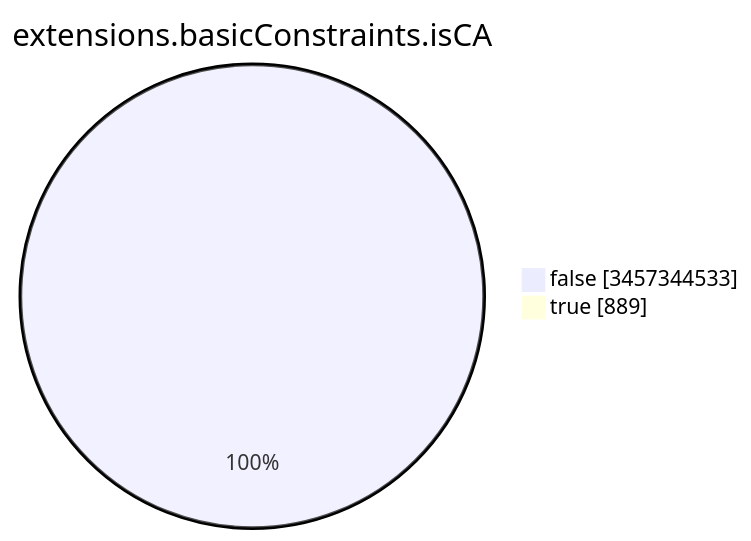
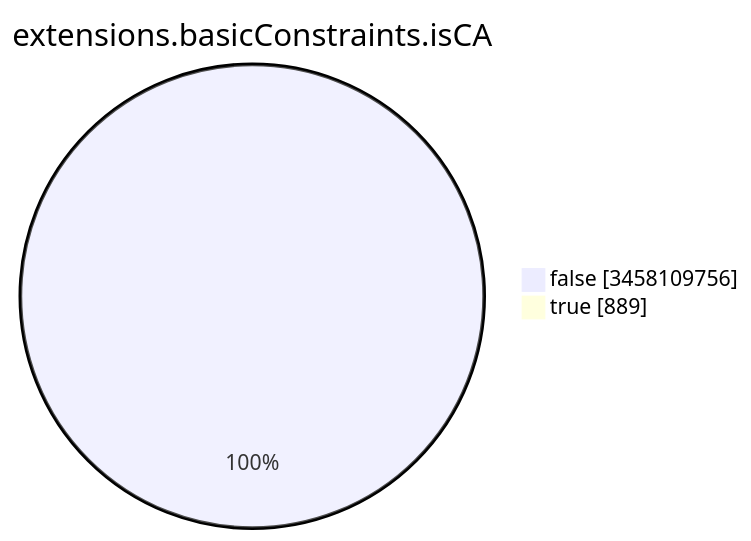
One commit to christiankrug/ctmonitor_visualization changed the seventh of 15 diagrams in TOTAL/README.md. Above: the diagram before and after it, drawn with Mermaid. The commit also changed other lines of this file, not shown here.

````diff
--- a/TOTAL/README.md
+++ b/TOTAL/README.md
@@ -3093,6 +3093,6 @@
 ```mermaid
 pie showData
 title extensions.basicConstraints.isCA
-"false" :3457344533
+"false" :3458109756
 "true" :889
 ```
````
